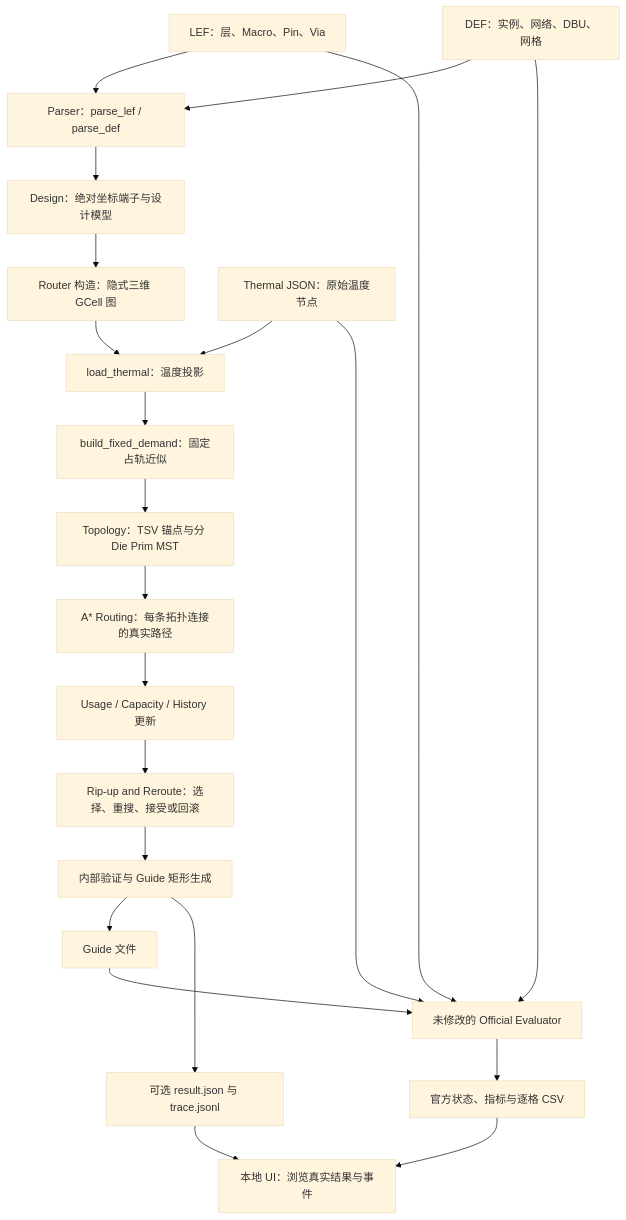
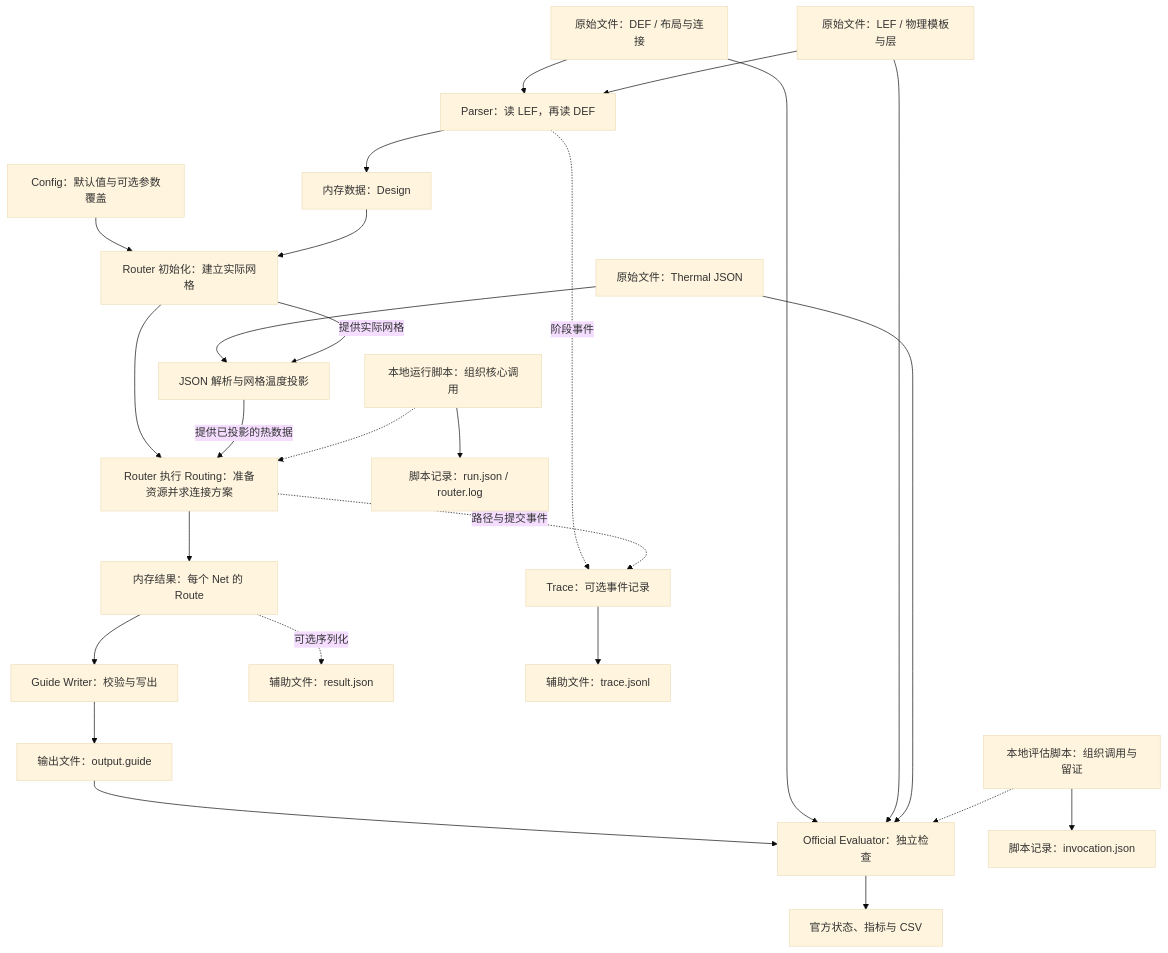
One commit to shenghong1130/3DIC-EDA changed the first of 6 diagrams in 比赛代码逻辑.md. Above: the diagram before and after it, drawn with Mermaid (base theme). The commit also changed other lines of this file and 1 other file, not shown here.

````diff
--- a/比赛代码逻辑.md
+++ b/比赛代码逻辑.md
@@ -30,24 +86,28 @@
 ```mermaid
 flowchart TD
-    LEF["LEF：层、Macro、Pin、Via"] --> PARSE["Parser：parse_lef / parse_def"]
-    DEF["DEF：实例、网络、DBU、网格"] --> PARSE
-    PARSE --> DESIGN["Design：绝对坐标端子与设计模型"]
-    DESIGN --> GRAPH["Router 构造：隐式三维 GCell 图"]
-    THERMAL["Thermal JSON：原始温度节点"] --> HEAT["load_thermal：温度投影"]
-    GRAPH --> HEAT
-    HEAT --> FIXED["build_fixed_demand：固定占轨近似"]
-    FIXED --> TOPO["Topology：TSV 锚点与分 Die Prim MST"]
-    TOPO --> SEARCH["A* Routing：每条拓扑连接的真实路径"]
-    SEARCH --> OCCUPY["Usage / Capacity / History 更新"]
-    OCCUPY --> REROUTE["Rip-up and Reroute：选择、重搜、接受或回滚"]
-    REROUTE --> VALIDATE["内部验证与 Guide 矩形生成"]
-    VALIDATE --> GUIDE["Guide 文件"]
-    VALIDATE --> DEBUG["可选 result.json 与 trace.jsonl"]
-    GUIDE --> EVALUATOR["未修改的 Official Evaluator"]
-    DEF --> EVALUATOR
-    LEF --> EVALUATOR
-    THERMAL --> EVALUATOR
-    EVALUATOR --> METRICS["官方状态、指标与逐格 CSV"]
-    DEBUG --> UI["本地 UI：浏览真实结果与事件"]
-    METRICS --> UI
+    DEF["原始文件：DEF / 布局与连接"] --> PARSER["Parser：读 LEF，再读 DEF"]
+    LEF["原始文件：LEF / 物理模板与层"] --> PARSER
+    PARSER --> DESIGN["内存数据：Design"]
+    CONFIG["Config：默认值与可选参数覆盖"] --> INIT["Router 初始化：建立实际网格"]
+    DESIGN --> INIT
+    THERMAL["原始文件：Thermal JSON"] --> THPARSE["JSON 解析与网格温度投影"]
+    INIT -- "提供实际网格" --> THPARSE
+    INIT --> SOLVER["Router 执行 Routing：准备资源并求连接方案"]
+    THPARSE -- "提供已投影的热数据" --> SOLVER
+    SOLVER --> ROUTES["内存结果：每个 Net 的 Route"]
+    ROUTES --> WRITER["Guide Writer：校验与写出"]
+    WRITER --> GUIDE["输出文件：output.guide"]
+    ROUTES -. "可选序列化" .-> RESULT["辅助文件：result.json"]
+    PARSER -. "阶段事件" .-> TRACE["Trace：可选事件记录"]
+    SOLVER -. "路径与提交事件" .-> TRACE
+    TRACE --> JSONL["辅助文件：trace.jsonl"]
+    DRIVER["本地运行脚本：组织核心调用"] -.-> SOLVER
+    DRIVER --> RECORD["脚本记录：run.json / router.log"]
+    GUIDE --> EVAL["Official Evaluator：独立检查"]
+    DEF --> EVAL
+    LEF --> EVAL
+    THERMAL --> EVAL
+    EVAL --> REPORT["官方状态、指标与 CSV"]
+    ADAPTER["本地评估脚本：组织调用与留证"] -.-> EVAL
+    ADAPTER --> INVOKE["脚本记录：invocation.json"]
 ```
````
